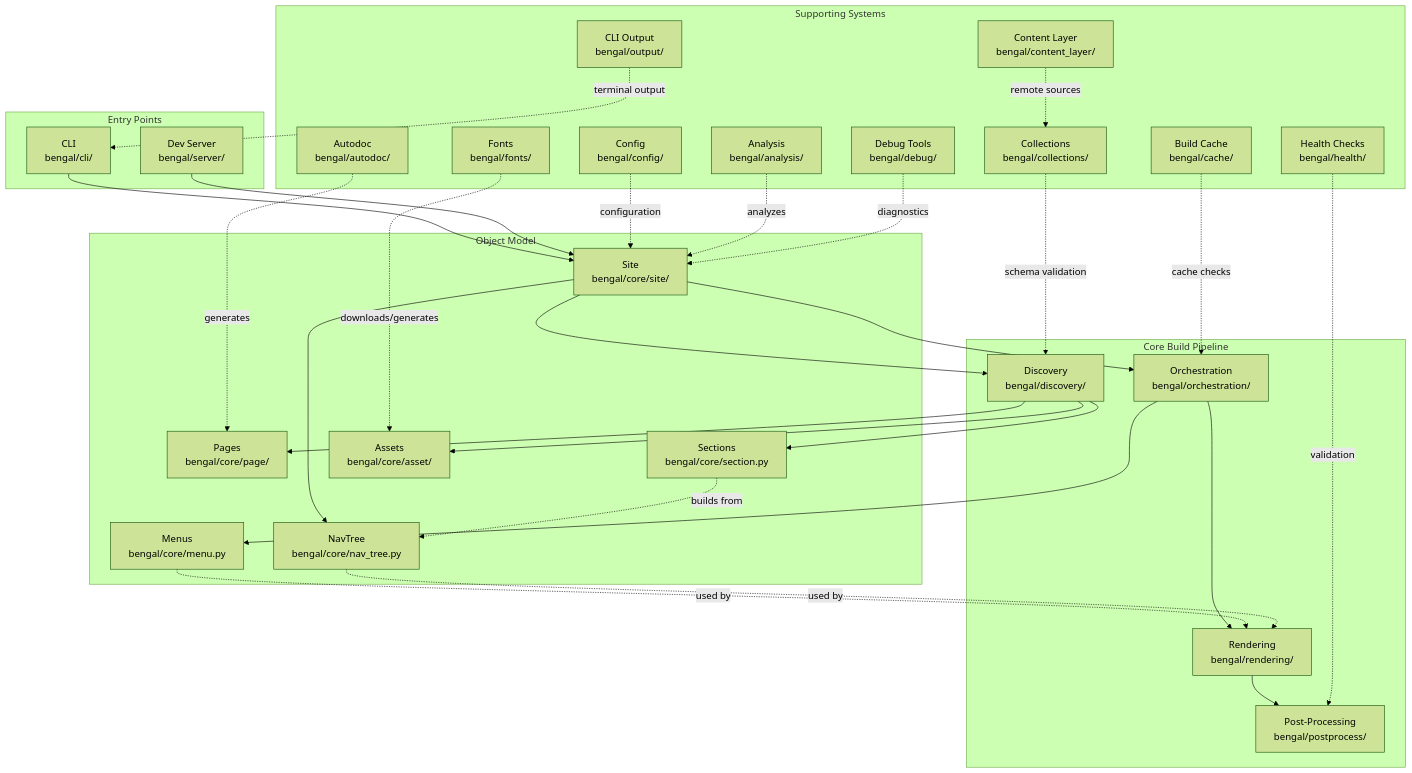
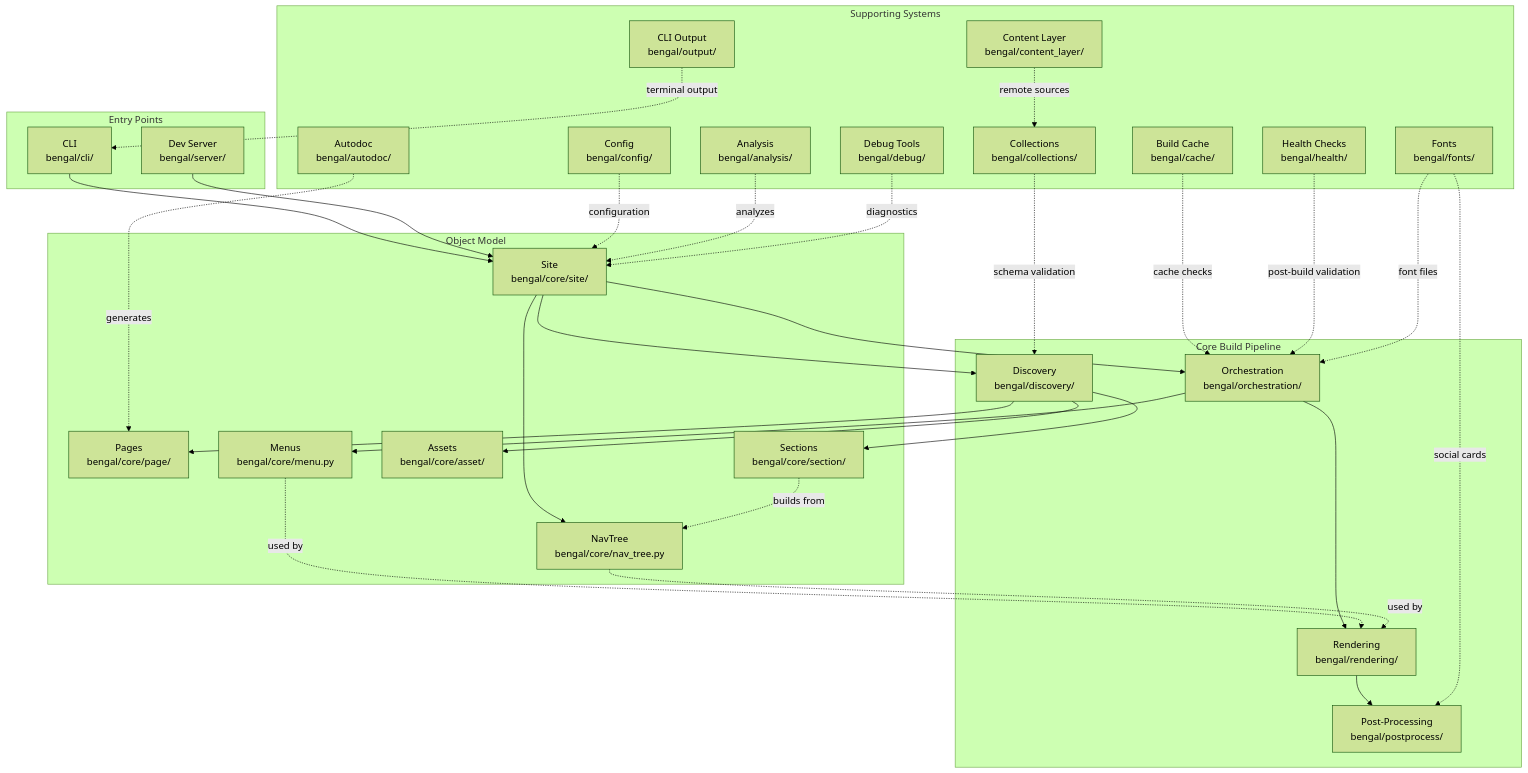
One commit to lbliii/bengal changed the diagram in site/content/docs/reference/architecture/_index.md. Above: the diagram before and after it, drawn with Mermaid (forest theme). The commit also changed 9 other files, not shown here.

````diff
--- a/site/content/docs/reference/architecture/_index.md
+++ b/site/content/docs/reference/architecture/_index.md
@@ -42,61 +42,62 @@
 ```mermaid
 graph TB
     subgraph "Entry Points"
         CLI[CLI<br/>bengal/cli/]
         Server[Dev Server<br/>bengal/server/]
     end
 
     subgraph "Core Build Pipeline"
         Discovery[Discovery<br/>bengal/discovery/]
         Orchestration[Orchestration<br/>bengal/orchestration/]
         Rendering[Rendering<br/>bengal/rendering/]
         PostProcess[Post-Processing<br/>bengal/postprocess/]
     end
 
     subgraph "Object Model"
         Site[Site<br/>bengal/core/site/]
         Pages[Pages<br/>bengal/core/page/]
-        Sections[Sections<br/>bengal/core/section.py]
+        Sections[Sections<br/>bengal/core/section/]
         Assets[Assets<br/>bengal/core/asset/]
         Menus[Menus<br/>bengal/core/menu.py]
         NavTree[NavTree<br/>bengal/core/nav_tree.py]
     end
 
     subgraph "Supporting Systems"
         Cache[Build Cache<br/>bengal/cache/]
         Health[Health Checks<br/>bengal/health/]
         Autodoc[Autodoc<br/>bengal/autodoc/]
         Config[Config<br/>bengal/config/]
         Analysis[Analysis<br/>bengal/analysis/]
         Fonts[Fonts<br/>bengal/fonts/]
         Collections[Collections<br/>bengal/collections/]
         ContentLayer[Content Layer<br/>bengal/content_layer/]
         Output[CLI Output<br/>bengal/output/]
         Debug[Debug Tools<br/>bengal/debug/]
     end
 
     CLI --> Site
     Server --> Site
     Site --> Discovery
     Discovery --> Pages
     Discovery --> Sections
     Discovery --> Assets
     Site --> Orchestration
     Orchestration --> Menus
     Orchestration --> Rendering
     Site --> NavTree
     Sections -.->|"builds from"| NavTree
     Menus -.->|"used by"| Rendering
     NavTree -.->|"used by"| Rendering
     Rendering --> PostProcess
     Cache -.->|"cache checks"| Orchestration
-    Health -.->|"validation"| PostProcess
+    Health -.->|"post-build validation"| Orchestration
     Autodoc -.->|"generates"| Pages
     Config -.->|"configuration"| Site
     Analysis -.->|"analyzes"| Site
-    Fonts -.->|"downloads/generates"| Assets
+    Fonts -.->|"font files"| Orchestration
+    Fonts -.->|"social cards"| PostProcess
     Collections -.->|"schema validation"| Discovery
     ContentLayer -.->|"remote sources"| Collections
     Output -.->|"terminal output"| CLI
     Debug -.->|"diagnostics"| Site
 ```
````
